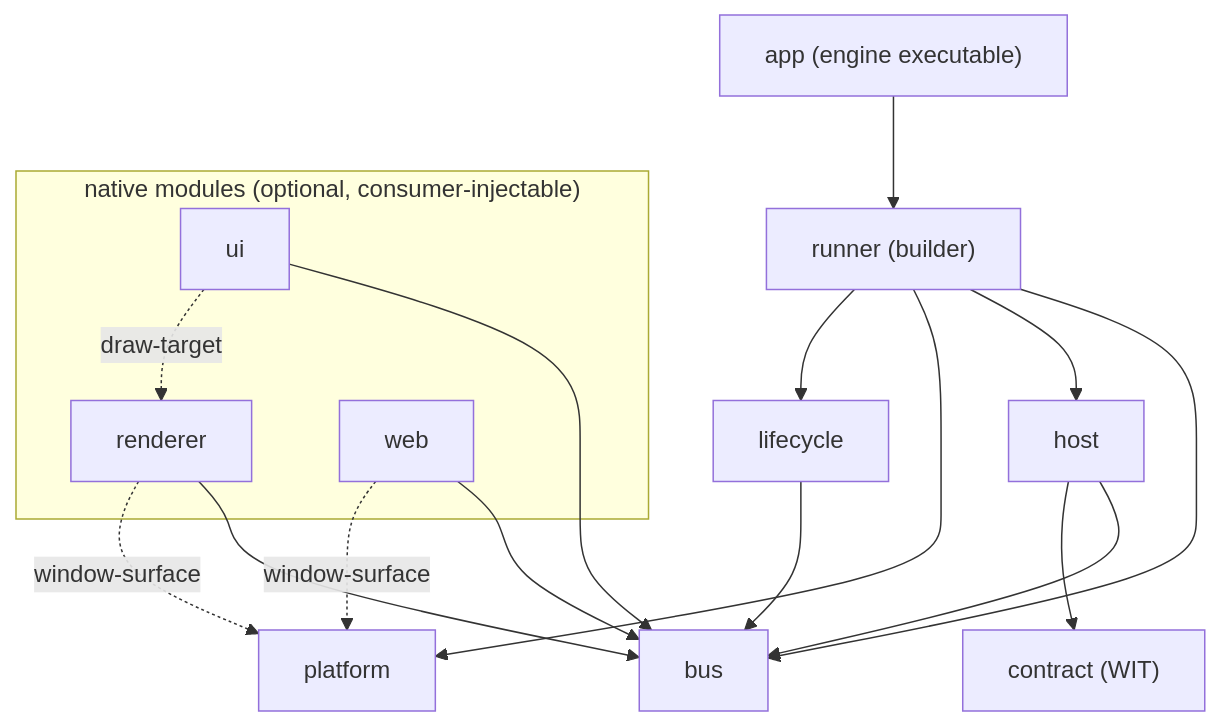
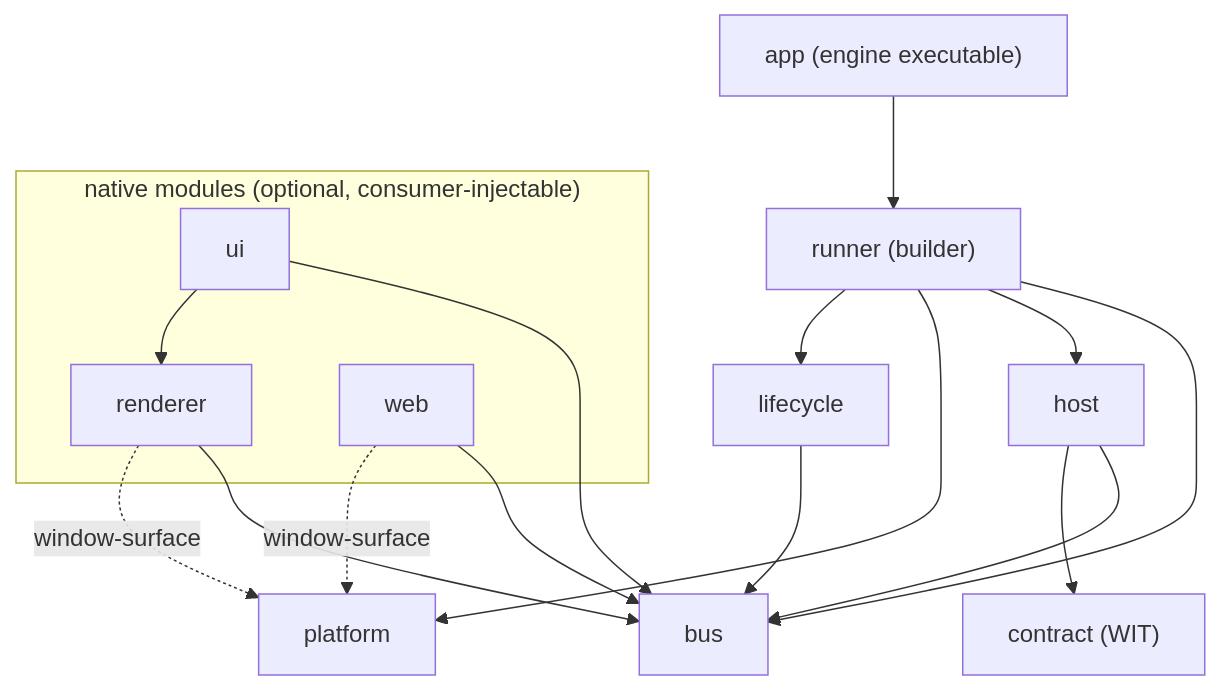
Before and after one commit to an-dr/bones: the diagram in docs/structure.md, drawn with Mermaid. The commit also changed other lines of this file and 12 other files, not shown here.

````diff
--- a/docs/structure.md
+++ b/docs/structure.md
@@ -47,22 +47,22 @@
 ```mermaid
 graph TD
     App["app (engine executable)"] --> Runner["runner (builder)"]
     Runner --> Bus["bus"]
     Runner --> Host["host"]
     Runner --> Platform["platform"]
     Runner --> Lifecycle["lifecycle"]
     Host --> Bus
     Host --> Contract["contract (WIT)"]
     Lifecycle --> Bus
     subgraph Modules["native modules (optional, consumer-injectable)"]
         Renderer["renderer"]
         UI["ui"]
         Web["web"]
     end
     Renderer --> Bus
     UI --> Bus
+    UI --> Renderer
     Web --> Bus
     Renderer -. "window-surface" .-> Platform
     Web -. "window-surface" .-> Platform
-    UI -. "draw-target" .-> Renderer
 ```
````
